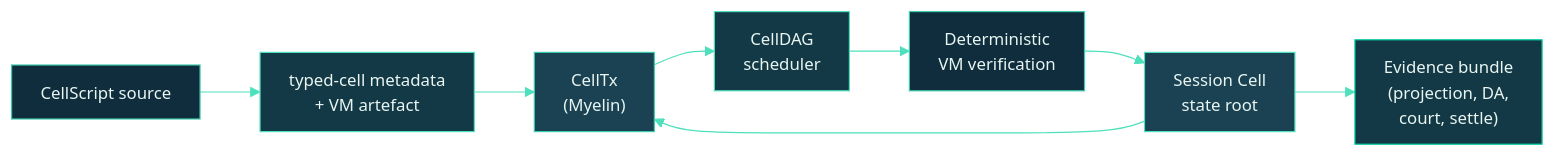
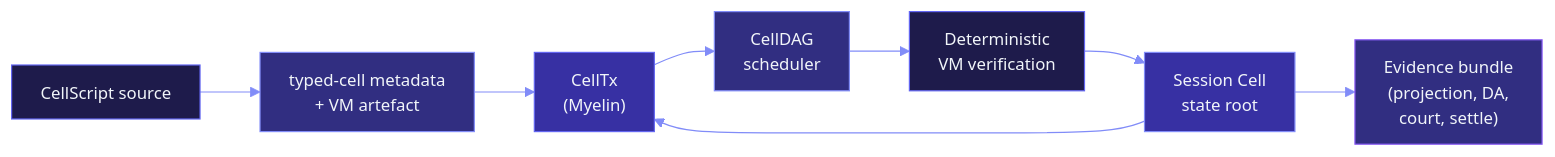
One commit to Myelin-Labs/Myelin changed the diagram in docs/index.md. Above: the diagram before and after it, drawn with Mermaid. The commit also changed 31 other files, not shown here.

````diff
--- a/docs/index.md
+++ b/docs/index.md
@@ -130,35 +130,35 @@
 ```mermaid
 %%{init: {
   "theme": "base",
   "themeVariables": {
-    "primaryColor": "#0F2D3D",
-    "primaryTextColor": "#E8F5F1",
-    "primaryBorderColor": "#3CCBAA",
-    "lineColor": "#4EE0BC",
-    "secondaryColor": "#143946",
-    "tertiaryColor": "#1A4253",
+    "primaryColor": "#1E1B4B",
+    "primaryTextColor": "#F1F5F9",
+    "primaryBorderColor": "#6366F1",
+    "lineColor": "#818CF8",
+    "secondaryColor": "#312E81",
+    "tertiaryColor": "#3730A3",
     "fontFamily": "Inter, system-ui, sans-serif",
     "fontSize": "14px"
   },
   "flowchart": { "curve": "basis", "padding": 12 }
 }}%%
 flowchart LR
     A["CellScript source"]:::source
     B["typed-cell metadata<br/>+ VM artefact"]:::artefact
     C["CellTx<br/>(Myelin)"]:::tx
     D["CellDAG<br/>scheduler"]:::sched
     E["Deterministic<br/>VM verification"]:::vm
     F["Session Cell<br/>state root"]:::state
     G["Evidence bundle<br/>(projection, DA,<br/>court, settle)"]:::evidence
 
     A --> B --> C --> D --> E --> F --> G
     F --> C
 
-    classDef source   fill:#0F2D3D,stroke:#3CCBAA,color:#E8F5F1;
-    classDef artefact fill:#143946,stroke:#4EE0BC,color:#E8F5F1;
-    classDef tx       fill:#1A4253,stroke:#3CCBAA,color:#E8F5F1;
-    classDef sched    fill:#143946,stroke:#4EE0BC,color:#E8F5F1;
-    classDef vm       fill:#0F2D3D,stroke:#3CCBAA,color:#E8F5F1;
-    classDef state    fill:#1A4253,stroke:#4EE0BC,color:#E8F5F1;
-    classDef evidence fill:#143946,stroke:#00CC9F,color:#E8F5F1;
+    classDef source   fill:#1E1B4B,stroke:#6366F1,color:#F1F5F9;
+    classDef artefact fill:#312E81,stroke:#818CF8,color:#F1F5F9;
+    classDef tx       fill:#3730A3,stroke:#6366F1,color:#F1F5F9;
+    classDef sched    fill:#312E81,stroke:#818CF8,color:#F1F5F9;
+    classDef vm       fill:#1E1B4B,stroke:#6366F1,color:#F1F5F9;
+    classDef state    fill:#3730A3,stroke:#818CF8,color:#F1F5F9;
+    classDef evidence fill:#312E81,stroke:#8B5CF6,color:#F1F5F9;
 ```
````
